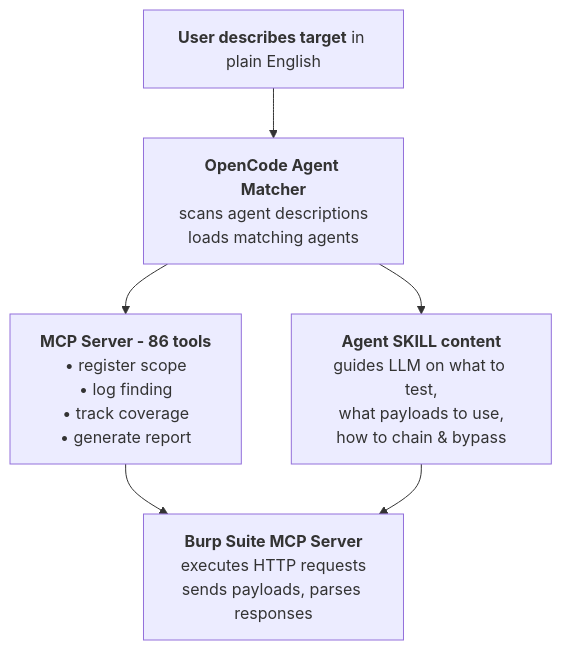
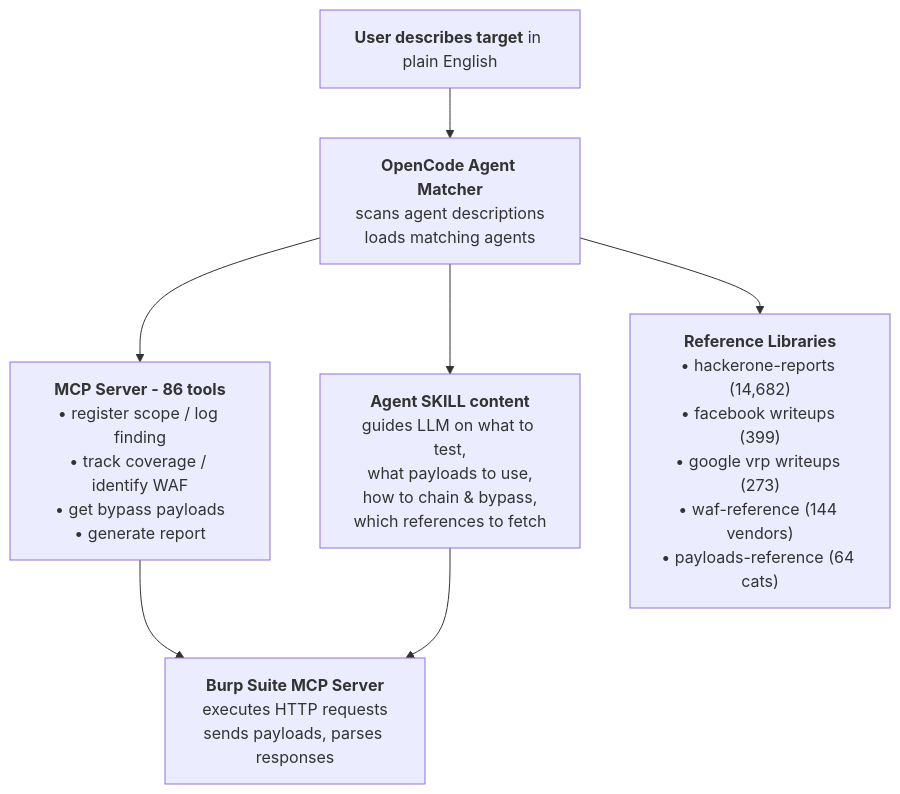
The first of 3 diagrams in docs/workflow.md (manojxshrestha/dristi), drawn with Mermaid before and after one commit. The commit also changed other lines of this file and 1011 other files, not shown here.

````diff
--- a/docs/workflow.md
+++ b/docs/workflow.md
@@ -16,25 +16,33 @@
 ```mermaid
 graph TB
     User["`**User describes target** in plain English`"]
     Matcher["`**OpenCode Agent Matcher**
     scans agent descriptions
     loads matching agents`"]
     MCP["`**MCP Server - 86 tools**
-    • register scope
-    • log finding
-    • track coverage
+    • register scope / log finding
+    • track coverage / identify WAF
+    • get bypass payloads
     • generate report`"]
     Agent["`**Agent SKILL content**
     guides LLM on what to test,
     what payloads to use,
-    how to chain & bypass`"]
+    how to chain & bypass,
+    which references to fetch`"]
     Burp["`**Burp Suite MCP Server**
     executes HTTP requests
     sends payloads, parses responses`"]
+    Refs["`**Reference Libraries**
+    • hackerone-reports (14,682)
+    • facebook writeups (399)
+    • google vrp writeups (273)
+    • waf-reference (144 vendors)
+    • payloads-reference (64 cats)`"]
 
     User --> Matcher
     Matcher --> MCP
     Matcher --> Agent
+    Matcher --> Refs
     MCP --> Burp
     Agent --> Burp
 ```
````
